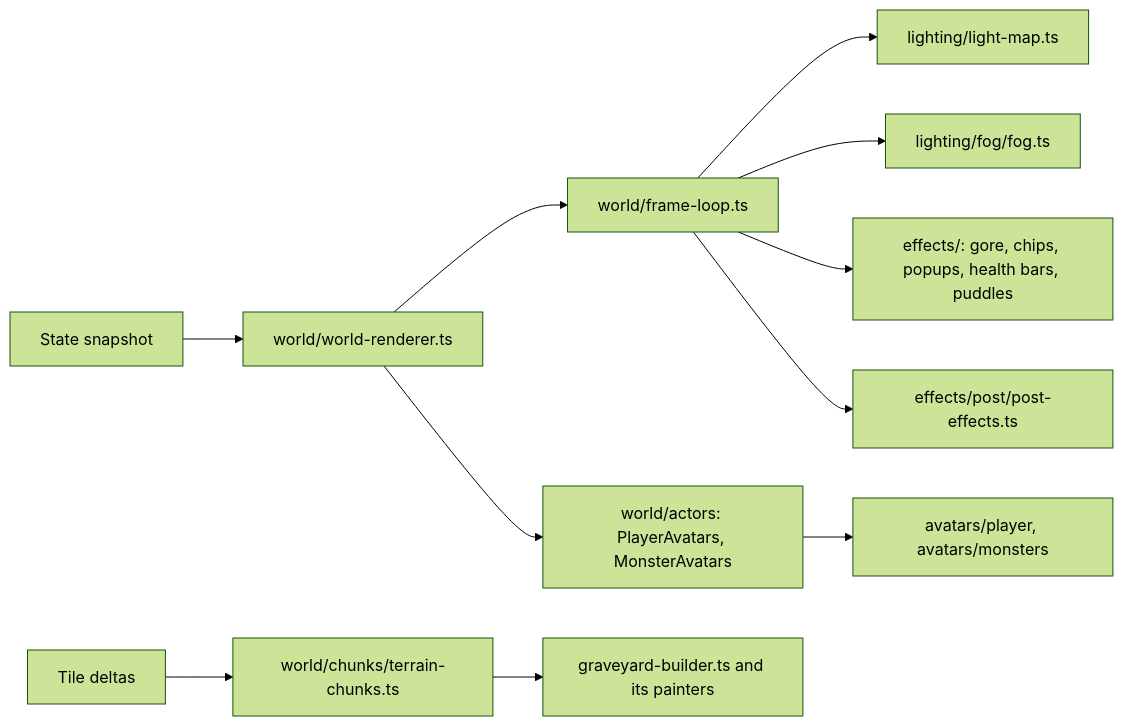
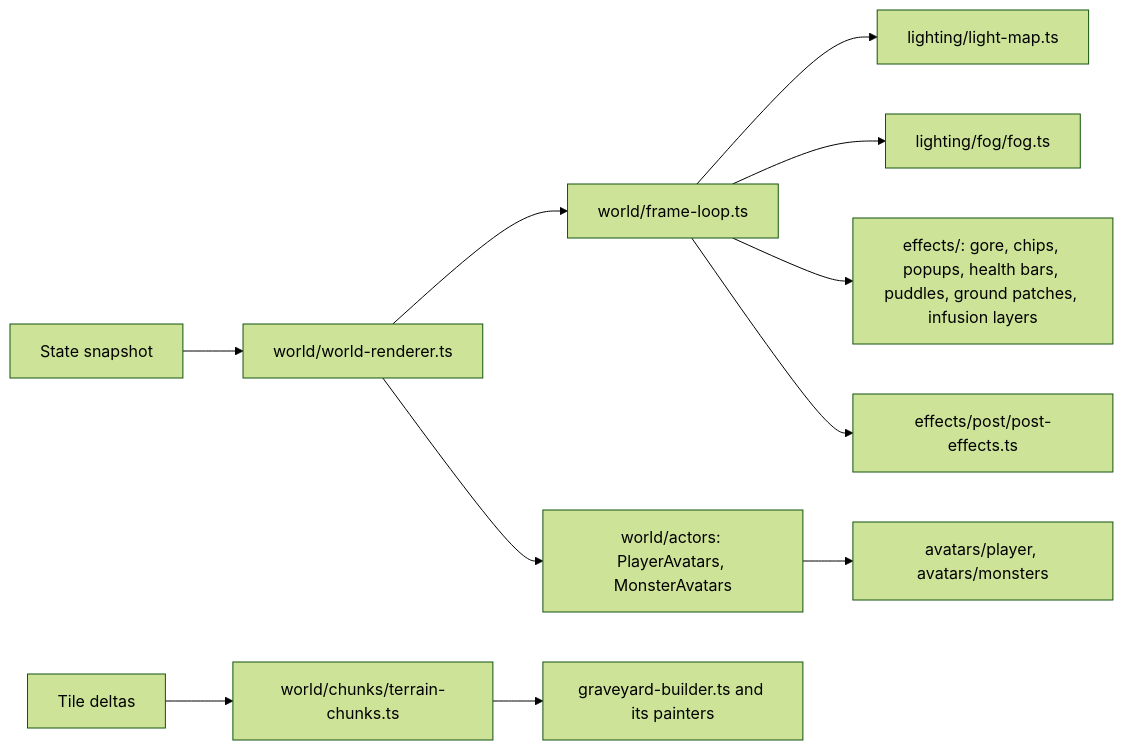
One commit to andyruwruw/grave-robbers changed the first of 2 diagrams in docs/tv.md. Above: the diagram before and after it, drawn with Mermaid (forest theme). The commit also changed other lines of this file and 772 other files, not shown here.

````diff
--- a/docs/tv.md
+++ b/docs/tv.md
@@ -7,13 +10,13 @@
 ```mermaid
 flowchart LR
   Snap[State snapshot] --> WR[world/world-renderer.ts]
   WR --> FL[world/frame-loop.ts]
   Tiles[Tile deltas] --> TC[world/chunks/terrain-chunks.ts]
   TC --> BG[graveyard-builder.ts and its painters]
   WR --> Avatars[world/actors: PlayerAvatars, MonsterAvatars]
   Avatars --> AV[avatars/player, avatars/monsters]
   FL --> LM[lighting/light-map.ts]
   FL --> Fog[lighting/fog/fog.ts]
-  FL --> FX[effects/: gore, chips, popups, health bars, puddles]
+  FL --> FX[effects/: gore, chips, popups, health bars, puddles, ground patches, infusion layers]
   FL --> Post[effects/post/post-effects.ts]
 ```
````
